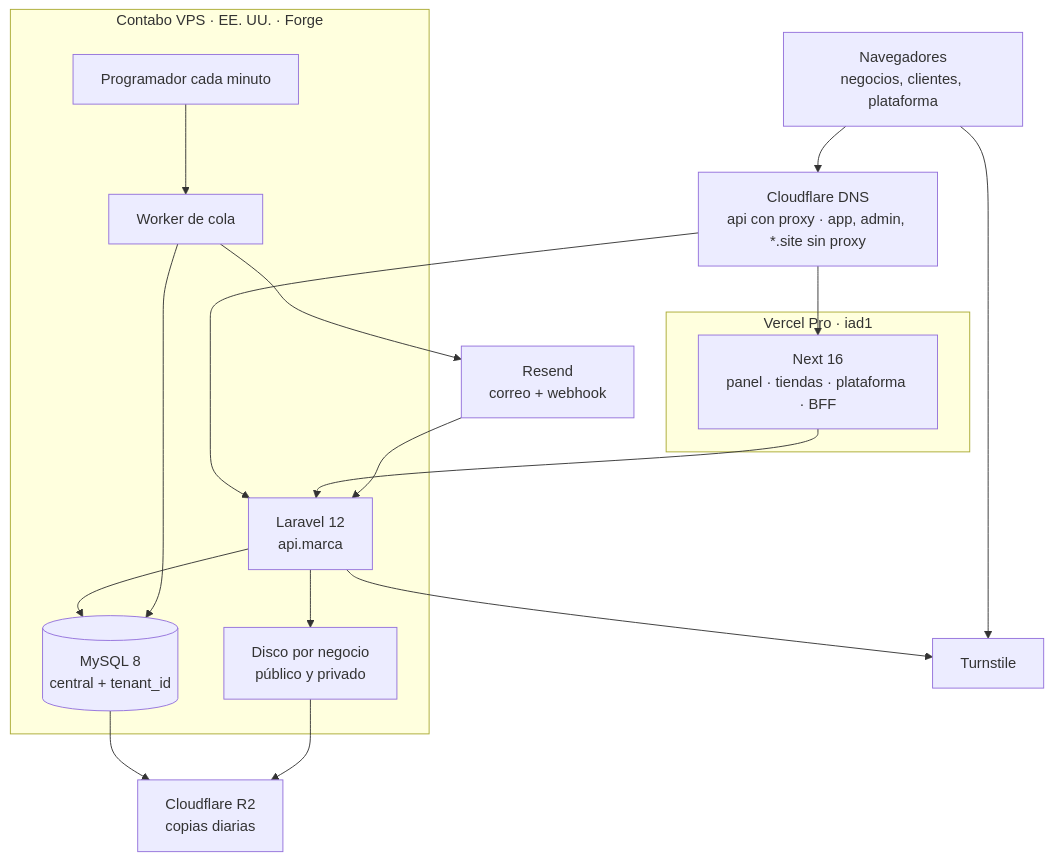
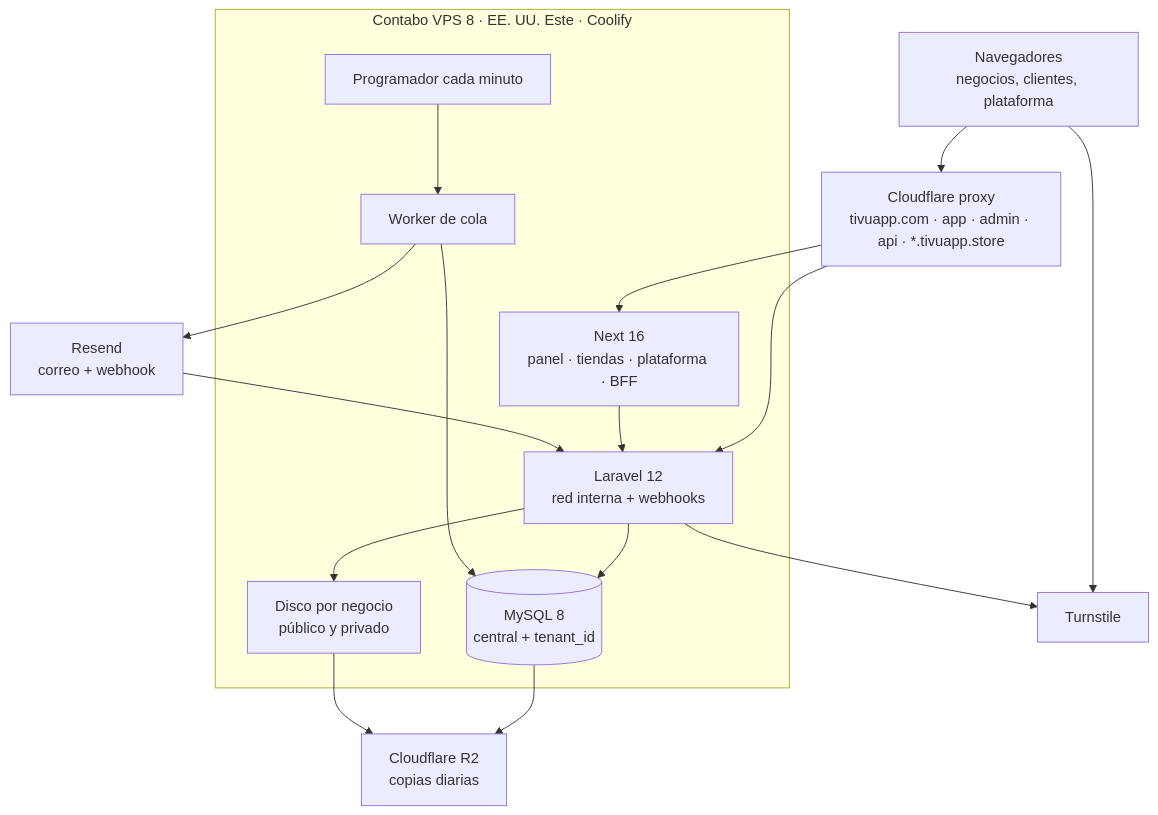
Before and after one commit to PierreCodex/Sass-ChiraFlow: the second of 3 diagrams in _bmad-output/planning-artifacts/architecture/architecture-ChiraFlow-2026-09-19/ARCHITECTURE-SPINE.md, drawn with Mermaid. The commit also changed other lines of this file and 10 other files, not shown here.

First line of the commit message:
chore(infra): dominios tivuapp y producción en VPS con Coolify y Cloudflare

````diff
--- a/_bmad-output/planning-artifacts/architecture/architecture-ChiraFlow-2026-09-19/ARCHITECTURE-SPINE.md
+++ b/_bmad-output/planning-artifacts/architecture/architecture-ChiraFlow-2026-09-19/ARCHITECTURE-SPINE.md
@@ -262,32 +261,30 @@
 ```mermaid
 flowchart TB
   U[Navegadores<br/>negocios, clientes, plataforma]
-  CF[Cloudflare DNS<br/>api con proxy · app, admin, *.site sin proxy]
-  subgraph Vercel [Vercel Pro · iad1]
+  CF[Cloudflare proxy<br/>tivuapp.com · app · admin · api · *.tivuapp.store]
+  subgraph Contabo [Contabo VPS 8 · EE. UU. Este · Coolify]
     NX[Next 16<br/>panel · tiendas · plataforma · BFF]
-  end
-  subgraph Contabo [Contabo VPS · EE. UU. · Forge]
-    LV[Laravel 12<br/>api.marca]
+    LV[Laravel 12<br/>red interna + webhooks]
     WK[Worker de cola]
     SC[Programador cada minuto]
     DB[(MySQL 8<br/>central + tenant_id)]
     FS[Disco por negocio<br/>público y privado]
   end
   RS[Resend<br/>correo + webhook]
   R2[Cloudflare R2<br/>copias diarias]
   TS[Turnstile]
   U --> CF
   CF --> NX
   CF --> LV
   NX --> LV
   U --> TS
   LV --> TS
   LV --> DB
   LV --> FS
   WK --> DB
   WK --> RS
   SC --> WK
   RS --> LV
   DB --> R2
   FS --> R2
 ```
````
